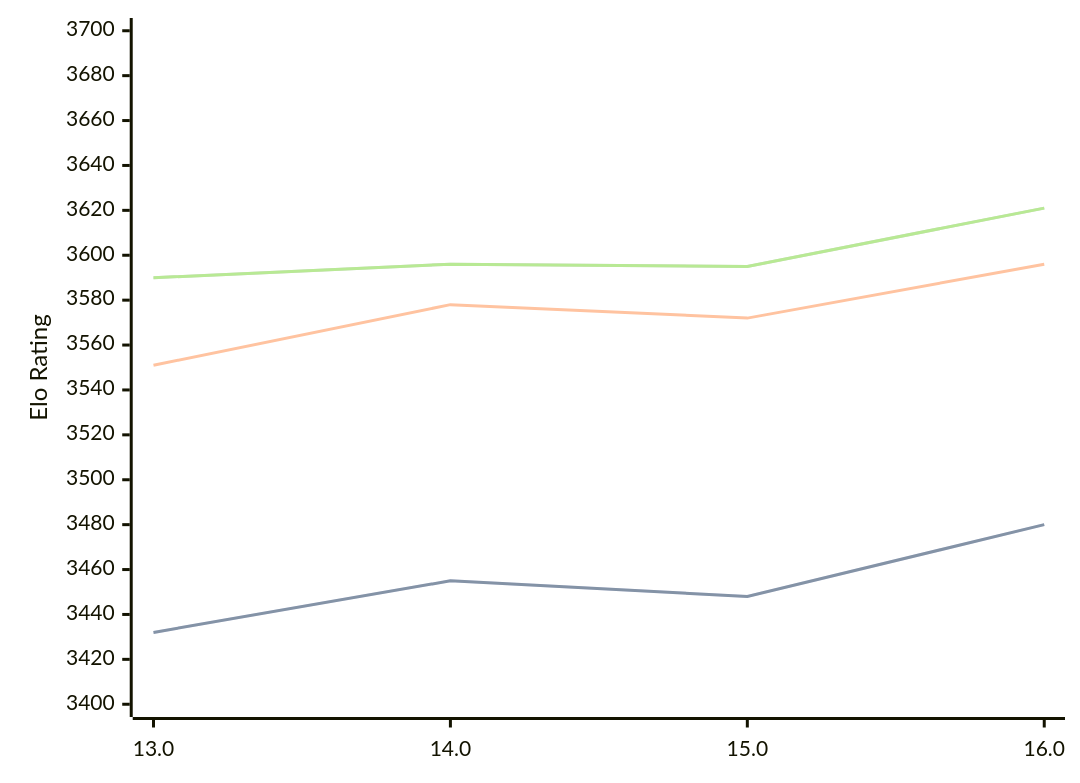
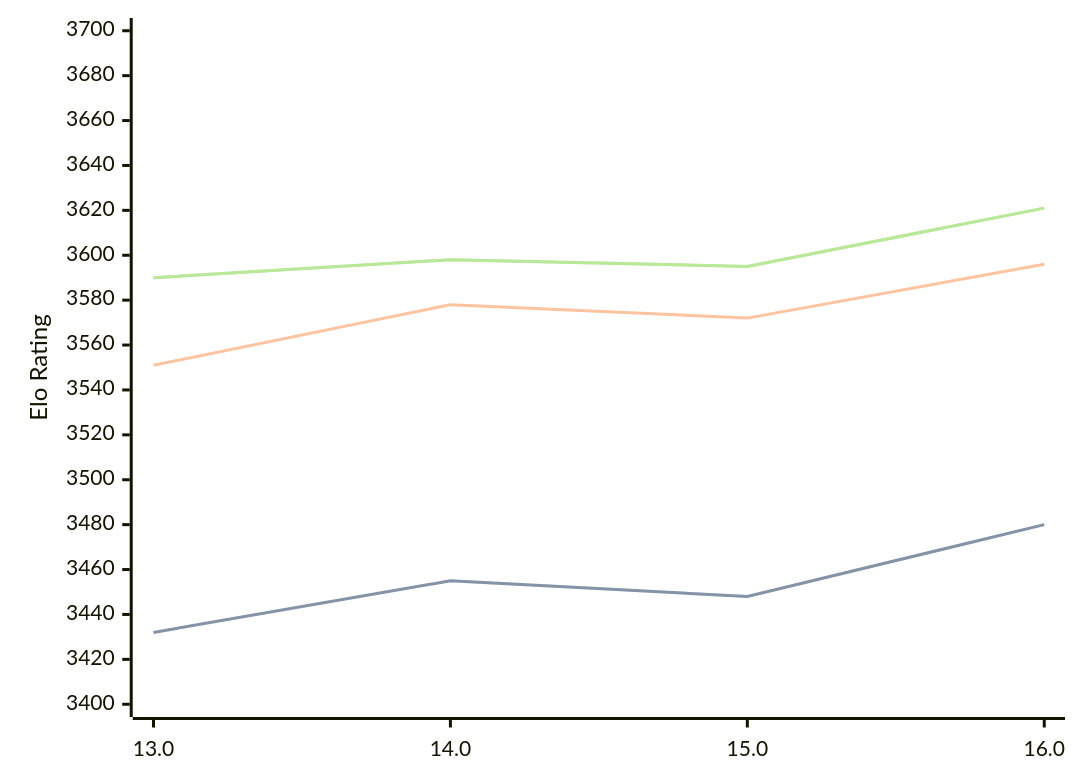
Before and after one commit to computer-chess-index/cci: the diagram in engines/Obsidian.md, drawn with Mermaid. The commit also changed other lines of this file, not shown here.

Commit message:
Update CCI Ratings (ELO VLTC) - 2026-02-21

````diff
--- a/engines/Obsidian.md
+++ b/engines/Obsidian.md
@@ -40,11 +40,11 @@
 ```mermaid
 %%{init: {"theme":"base","themeVariables":{"seriesColors:['#a3a3a3','#222221','#faa371']}}}%%
 xychart-beta
   x-axis ["13.0", "14.0", "15.0", "16.0"]
   y-axis "Elo Rating" 3400 --> 3700
   line "STC (8.0+0.08s)" [3432, 3455, 3448, 3480]
   line "STC (8.0+0.08s)" [3432, 3455, 3448, 3480]
   line "LTC (60.0+0.60s)" [3551, 3578, 3572, 3596]
-  line "VLTC (2m24s+1.12s)" [3590, 3596, 3595, 3621]
-  line "VLTC (2m24s+1.12s)" [3590, 3596, 3595, 3621]
+  line "VLTC (2m24s+1.12s)" [3590, 3598, 3595, 3621]
+  line "VLTC (2m24s+1.12s)" [3590, 3598, 3595, 3621]
 ```
````
